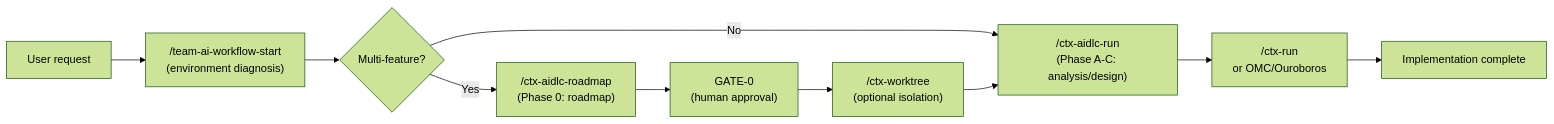
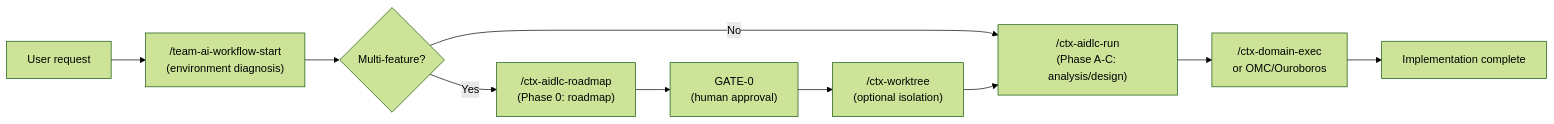
The diagram in README.ko.md (TaeseongYun/aidlc-workflow), drawn with Mermaid (forest theme) before and after one commit. The commit also changed other lines of this file and 22 other files, not shown here.

First line of the commit message:
refactor: remove ctx-run orchestrator, route implementation to ctx-domain-exec

````diff
--- a/README.ko.md
+++ b/README.ko.md
@@ -68,12 +68,12 @@
 ```mermaid
 graph LR
     A["User request"] --> B["/team-ai-workflow-start<br/>(environment diagnosis)"]
     B --> C{"Multi-feature?"}
     C -->|Yes| D["/ctx-aidlc-roadmap<br/>(Phase 0: roadmap)"]
     C -->|No| E["/ctx-aidlc-run<br/>(Phase A-C: analysis/design)"]
     D --> F["GATE-0<br/>(human approval)"]
     F --> W["/ctx-worktree<br/>(optional isolation)"]
     W --> E
-    E --> G["/ctx-run<br/>or OMC/Ouroboros"]
+    E --> G["/ctx-domain-exec<br/>or OMC/Ouroboros"]
     G --> H["Implementation complete"]
 ```
````
